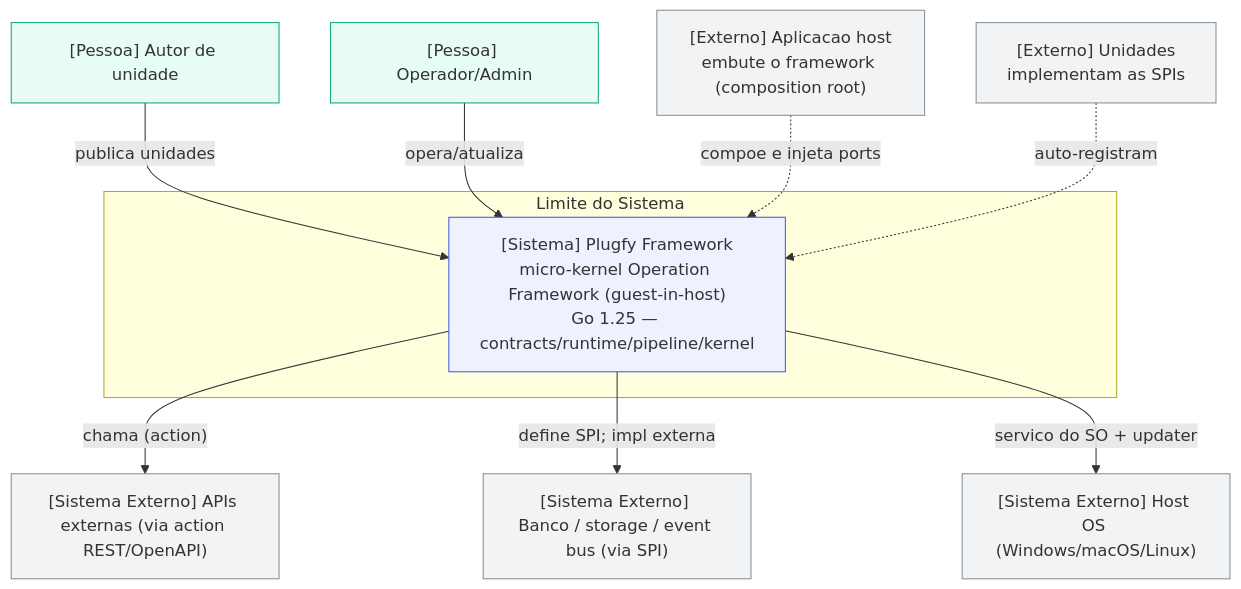
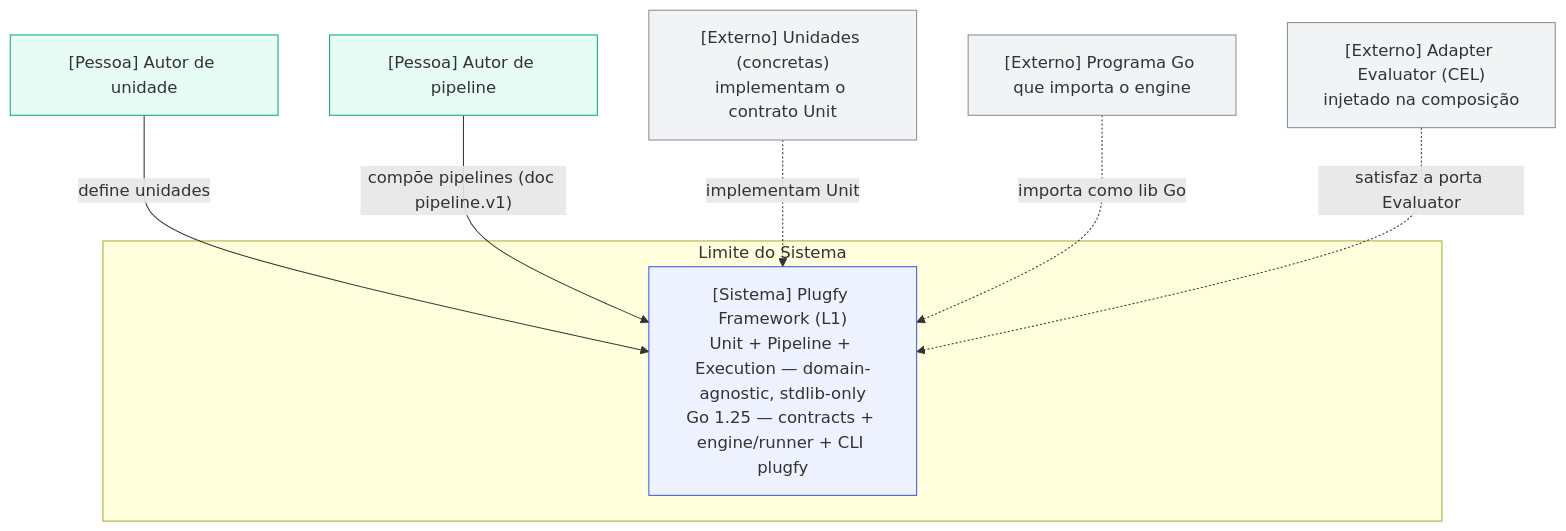
Before and after one commit to PlugfyOS/plugfy.framework.contracts: the second of 17 diagrams in docs/architecture/plugfy-framework-architecture.md, drawn with Mermaid. The commit also changed other lines of this file and 1 other file, not shown here.

First line of the commit message:
docs(architecture): rewrite framework arch doc to final state — Unit + Pipeline + Execution only

````diff
--- a/docs/architecture/plugfy-framework-architecture.md
+++ b/docs/architecture/plugfy-framework-architecture.md
@@ -169,24 +167,20 @@
 ```mermaid
 flowchart TB
   classDef sys fill:#eef2ff,stroke:#3b5bdb;
   classDef actor fill:#e6fcf5,stroke:#0ca678;
   classDef ext fill:#f1f3f5,stroke:#868e96;
   A1["[Pessoa] Autor de unidade"]
-  A2["[Pessoa] Operador/Admin"]
+  A2["[Pessoa] Autor de pipeline"]
   subgraph boundary["Limite do Sistema"]
-    SYS["[Sistema] Plugfy Framework<br/>micro-kernel Operation Framework (guest-in-host)<br/>Go 1.25 — contracts/runtime/pipeline/kernel"]
+    SYS["[Sistema] Plugfy Framework (L1)<br/>Unit + Pipeline + Execution — domain-agnostic, stdlib-only<br/>Go 1.25 — contracts + engine/runner + CLI plugfy"]
   end
-  HOSTA["[Externo] Aplicacao host<br/>embute o framework (composition root)"]
-  UNI["[Externo] Unidades<br/>implementam as SPIs"]
-  EXTAPI["[Sistema Externo] APIs externas (via action REST/OpenAPI)"]
-  EXTSPI["[Sistema Externo] Banco / storage / event bus (via SPI)"]
-  EXTOS["[Sistema Externo] Host OS (Windows/macOS/Linux)"]
-  A1 -->|"publica unidades"| SYS
-  A2 -->|"opera/atualiza"| SYS
-  HOSTA -.->|"compoe e injeta ports"| SYS
-  UNI -.->|"auto-registram"| SYS
-  SYS -->|"chama (action)"| EXTAPI
-  SYS -->|"define SPI; impl externa"| EXTSPI
-  SYS -->|"servico do SO + updater"| EXTOS
-  class SYS sys; class A1,A2 actor; class HOSTA,UNI,EXTAPI,EXTSPI,EXTOS ext;
+  UNI["[Externo] Unidades (concretas)<br/>implementam o contrato Unit"]
+  LIB["[Externo] Programa Go que importa o engine"]
+  EVAL["[Externo] Adapter Evaluator (CEL)<br/>injetado na composição"]
+  A1 -->|"define unidades"| SYS
+  A2 -->|"compõe pipelines (doc pipeline.v1)"| SYS
+  UNI -.->|"implementam Unit"| SYS
+  LIB -.->|"importa como lib Go"| SYS
+  EVAL -.->|"satisfaz a porta Evaluator"| SYS
+  class SYS sys; class A1,A2 actor; class UNI,LIB,EVAL ext;
 ```
````
